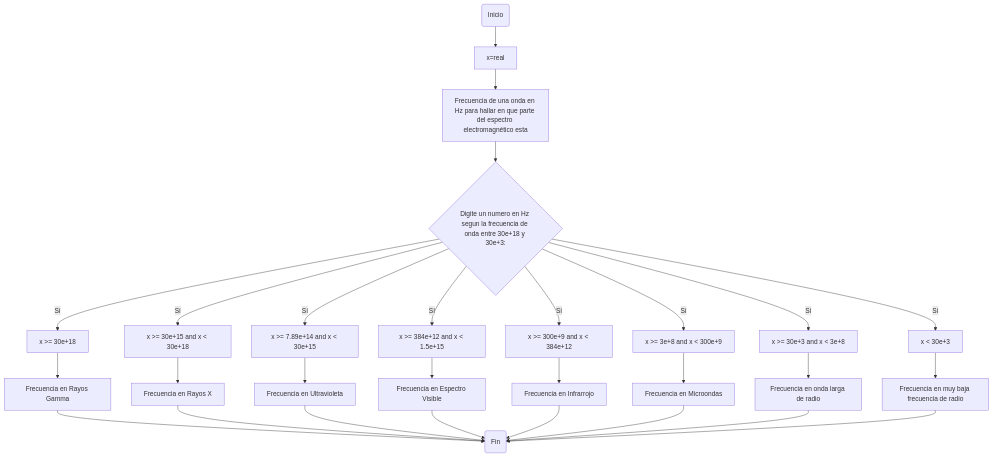
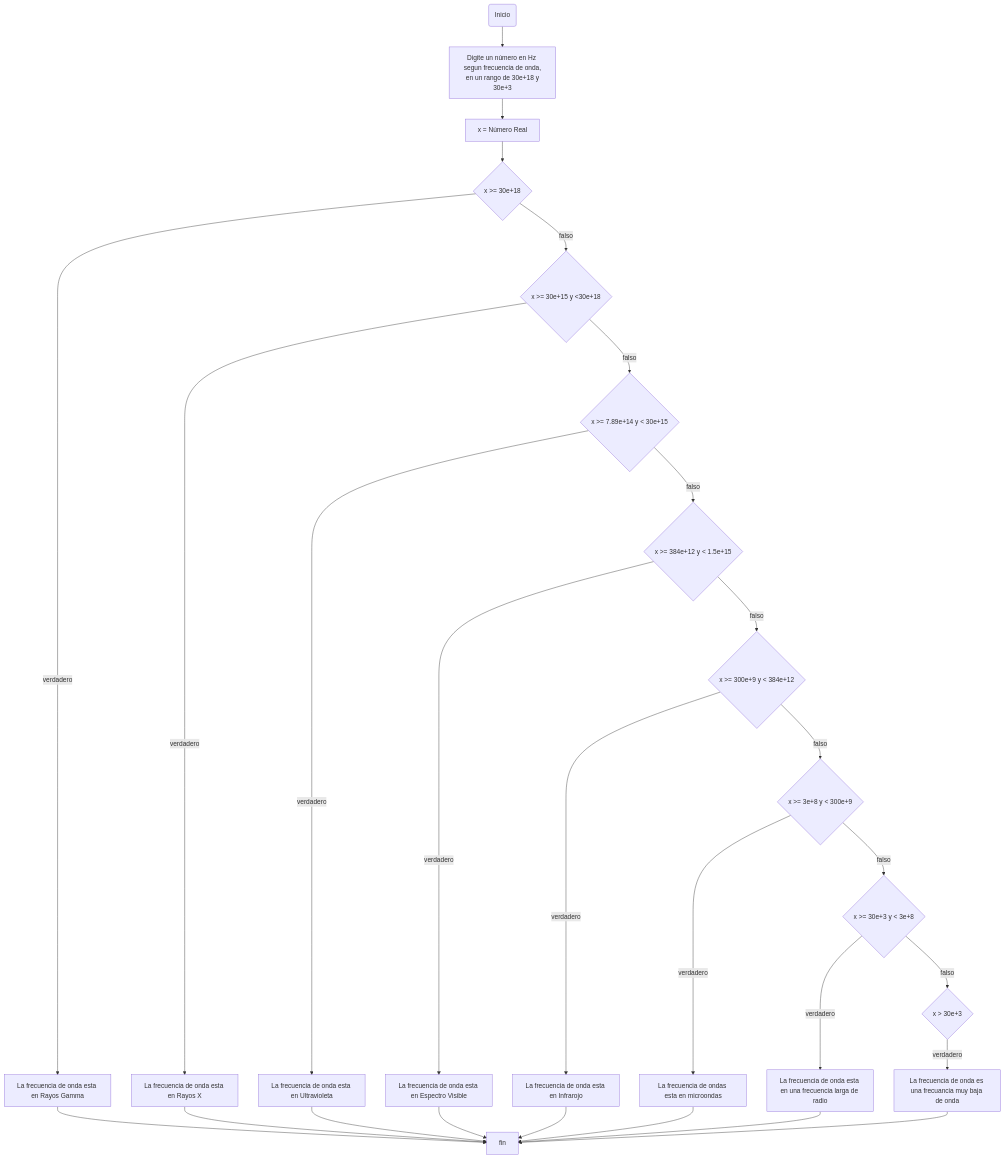
Before and after one commit to Pablofcf/Taller1_ProGreening: the third of 3 diagrams in README.md, drawn with Mermaid.

````diff
--- a/README.md
+++ b/README.md
@@ -183,16 +183,30 @@
 ```mermaid
-    flowchart TD;
-    A(Inicio) --> B[x=real];
-    B --> C;
-    C[Frecuencia de una onda en Hz para hallar en que parte del espectro electromagnético esta] 
-    C--> D{Digite un numero en Hz segun la frecuencia de onda entre 30e+18 y 30e+3: } 
-    -- Sí -->E[x >= 30e+18]; E --> F[Frecuencia en Rayos Gamma];
-    D-- Sí -->G[x >= 30e+15 and x < 30e+18]; G-->H[Frecuencia en Rayos X];
-    D--Sí-->I[x >= 7.89e+14 and x < 30e+15]; I-->J[Frecuencia en Ultravioleta];
-    D--Sí-->K[x >= 384e+12 and x < 1.5e+15]; K-->L[Frecuencia en Espectro Visible];
-    D--Sí-->M[x >= 300e+9 and x < 384e+12]; M-->N[Frecuencia en Infrarrojo];
-    D--Sí-->O[x >= 3e+8 and x < 300e+9]; O-->P[Frecuencia en Microondas];
-    D--Sí-->Q[ x >= 30e+3 and x < 3e+8]; Q-->R[Frecuencia en onda larga de radio];
-    D--Sí-->S[x < 30e+3]; S-->T[Frecuencia en muy baja frecuencia de radio];
-    F & H & J & L & N & P & R & T-->U(Fin)
+   flowchart TD;
+    A(Inicio) --> B[Digite un número en Hz segun frecuencia de onda,
+    en un rango de 30e+18 y 30e+3];
+    B --> c[x = Número Real]  
+    c --> d{x >= 30e+18}
+    d --> |verdadero|e[La frecuencia de onda esta en Rayos Gamma]
+    e --> z[fin]
+    d --> |falso| f{x >= 30e+15 y <30e+18}
+    f --> |verdadero|g[La frecuencia de onda esta en Rayos X]
+    g --> z[fin]
+    f --> |falso|h{x >= 7.89e+14 y < 30e+15}
+    h --> |verdadero|i[La frecuencia de onda esta en Ultravioleta]
+    i --> z[fin]
+    h --> |falso|j{x >= 384e+12 y < 1.5e+15}
+    j --> |verdadero|k[La frecuencia de onda esta en Espectro Visible]
+    k --> z[fin]
+    j --> |falso|l{x >= 300e+9 y < 384e+12}
+    l --> |verdadero|m[La frecuencia de onda esta en Infrarojo]
+    m --> z[fin]
+    l --> |falso|n{x >= 3e+8 y < 300e+9}
+    n --> |verdadero|o[La frecuencia de ondas esta en microondas]
+    o --> z[fin]
+    n --> |falso|p{x >= 30e+3 y < 3e+8}
+    p --> |verdadero|q[La frecuencia de onda esta en una frecuencia larga de radio]
+    q --> z[fin]
+    p --> |falso|r{x > 30e+3}
+    r --> |verdadero|s[La frecuencia de onda es una frecuancia muy baja de onda]
+    s --> z[fin]
 ```
````
